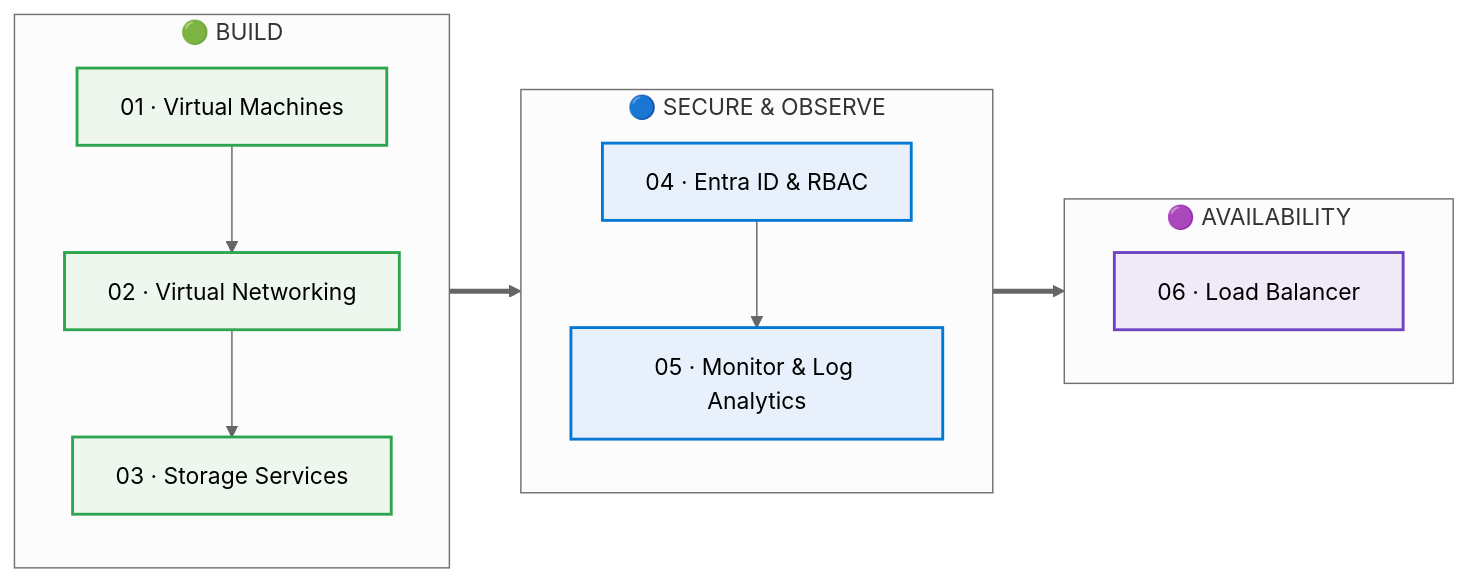
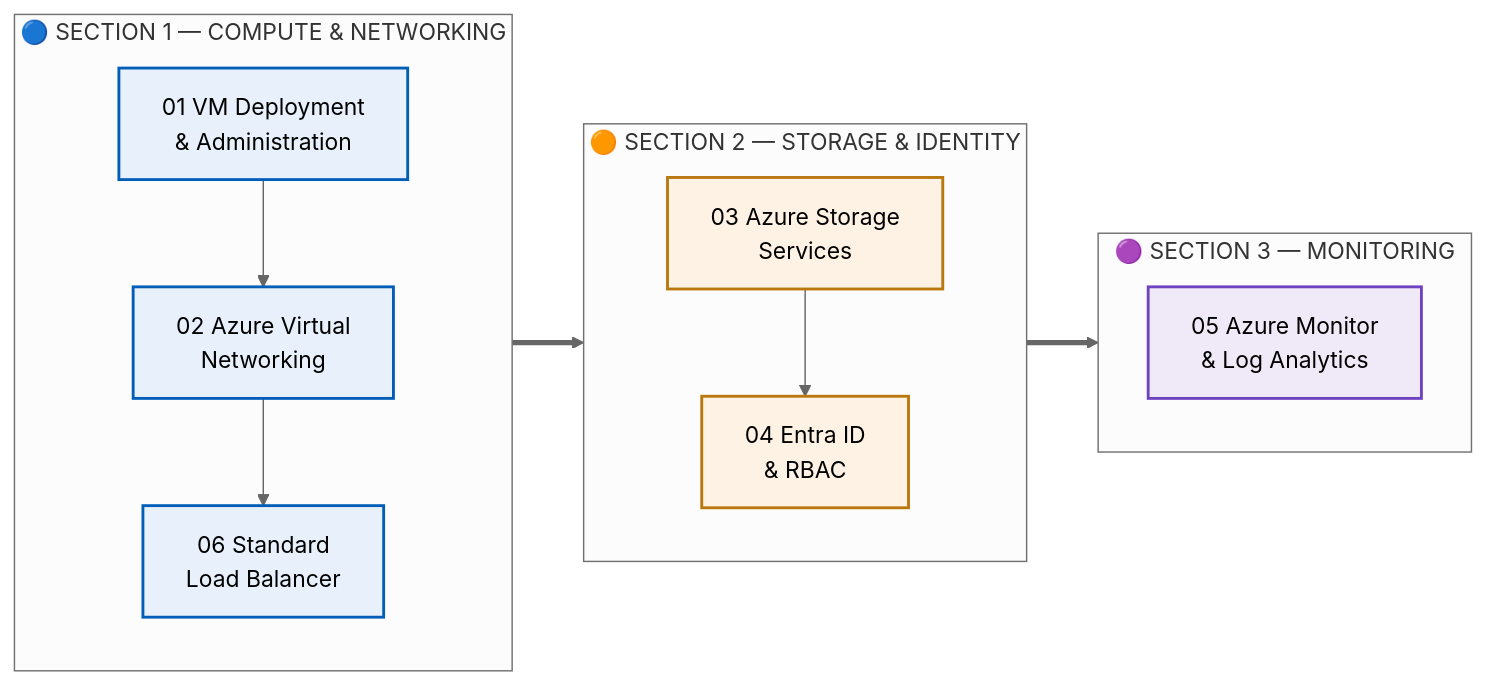
One commit to malaika-azhar/Cloud-Infrastructure-Engineering changed the first of 2 diagrams in README.md. Above: the diagram before and after it, drawn with Mermaid (neutral theme). The commit also changed other lines of this file, not shown here.

````diff
--- a/README.md
+++ b/README.md
@@ -137,23 +137,23 @@
 ```mermaid
 flowchart LR
-    subgraph B["🟢 BUILD"]
+    subgraph S1["🔵 SECTION 1 — COMPUTE & NETWORKING"]
         direction TB
-        P1["01 · Virtual Machines"] --> P2["02 · Virtual Networking"] --> P3["03 · Storage Services"]
+        A1["01 VM Deployment<br/>& Administration"] --> A2["02 Azure Virtual<br/>Networking"] --> A3["06 Standard<br/>Load Balancer"]
     end
-    subgraph S["🔵 SECURE & OBSERVE"]
+    subgraph S2["🟠 SECTION 2 — STORAGE & IDENTITY"]
         direction TB
-        P4["04 · Entra ID & RBAC"] --> P5["05 · Monitor & Log Analytics"]
+        B1["03 Azure Storage<br/>Services"] --> B2["04 Entra ID<br/>& RBAC"]
     end
-    subgraph A["🟣 AVAILABILITY"]
+    subgraph S3["🟣 SECTION 3 — MONITORING"]
         direction TB
-        P6["06 · Load Balancer"]
+        C1["05 Azure Monitor<br/>& Log Analytics"]
     end
-    B ==> S ==> A
+    S1 ==> S2 ==> S3
 
-    classDef one fill:#eef7ee,stroke:#2ea44f,stroke-width:2px,color:#000
-    classDef two fill:#e8f1fb,stroke:#0078D4,stroke-width:2px,color:#000
+    classDef one fill:#e8f1fb,stroke:#005EB8,stroke-width:2px,color:#000
+    classDef two fill:#fdf2e3,stroke:#B9770E,stroke-width:2px,color:#000
     classDef three fill:#f0eaf8,stroke:#6f42c1,stroke-width:2px,color:#000
-    class P1,P2,P3 one
-    class P4,P5 two
-    class P6 three
+    class A1,A2,A3 one
+    class B1,B2 two
+    class C1 three
 ```
````
